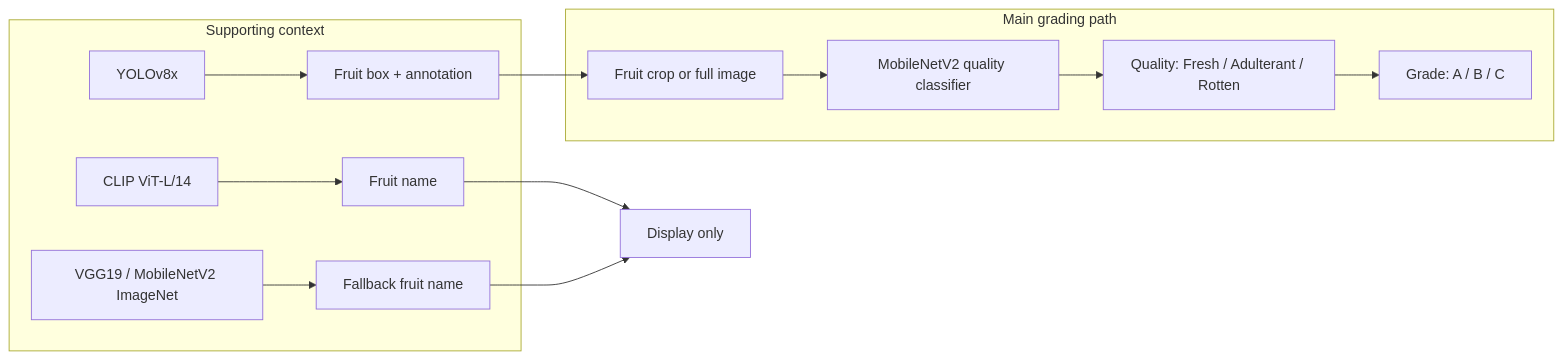
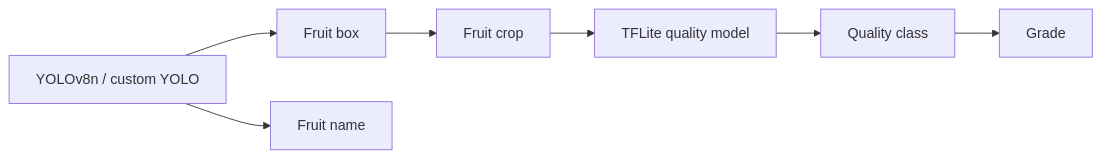
The second of 3 diagrams in README.md (mohammednafees1007-hub/fruit-quality-detector-for-sms), drawn with Mermaid before and after one commit. The commit also changed other lines of this file and 9 other files, not shown here.

````diff
--- a/README.md
+++ b/README.md
@@ -59,18 +73,9 @@
 ```mermaid
 flowchart LR
-    subgraph Main["Main grading path"]
-        A["Fruit crop or full image"] --> B["MobileNetV2 quality classifier"]
-        B --> C["Quality: Fresh / Adulterant / Rotten"]
-        C --> D["Grade: A / B / C"]
-    end
-
-    subgraph Support["Supporting context"]
-        E["YOLOv8x"] --> F["Fruit box + annotation"]
-        G["CLIP ViT-L/14"] --> H["Fruit name"]
-        I["VGG19 / MobileNetV2 ImageNet"] --> J["Fallback fruit name"]
-    end
-
-    F --> A
-    H --> K["Display only"]
-    J --> K
+    A["YOLOv8n / custom YOLO"] --> B["Fruit box"]
+    A --> C["Fruit name"]
+    B --> D["Fruit crop"]
+    D --> E["TFLite quality model"]
+    E --> F["Quality class"]
+    F --> G["Grade"]
 ```
````
